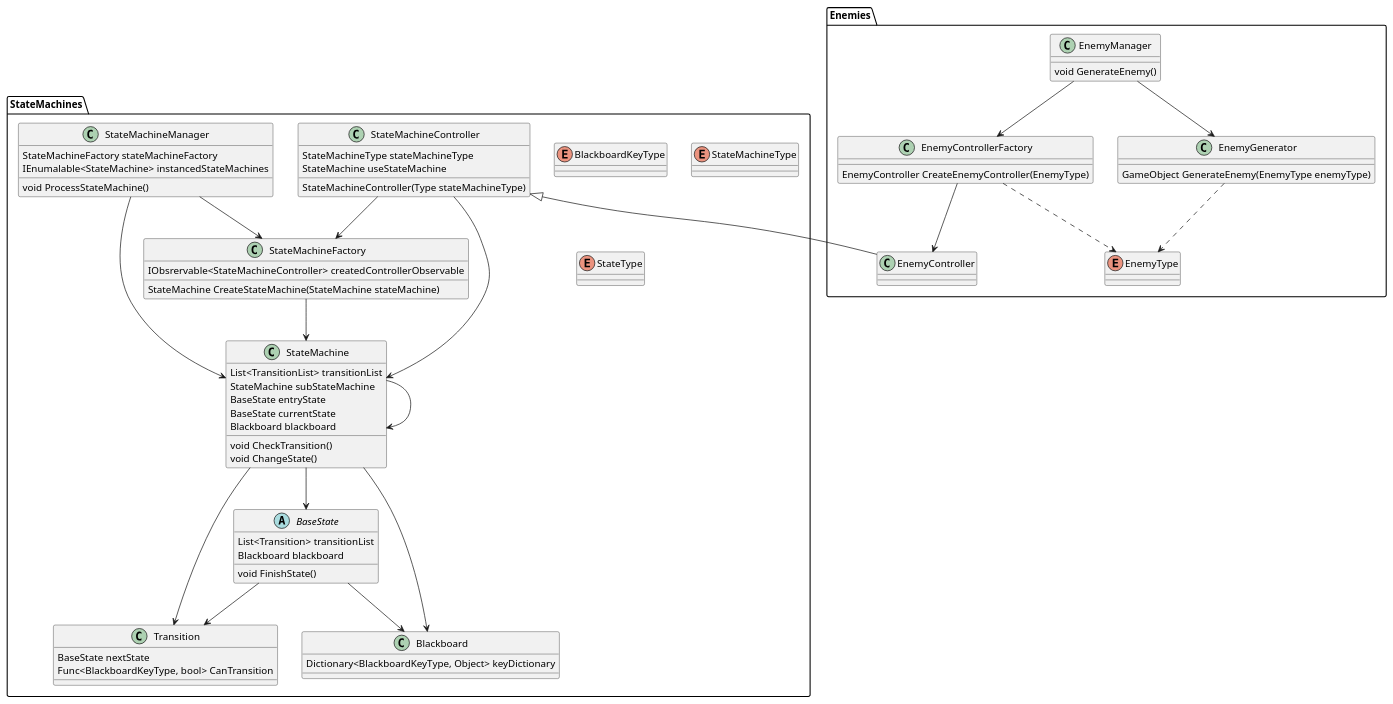
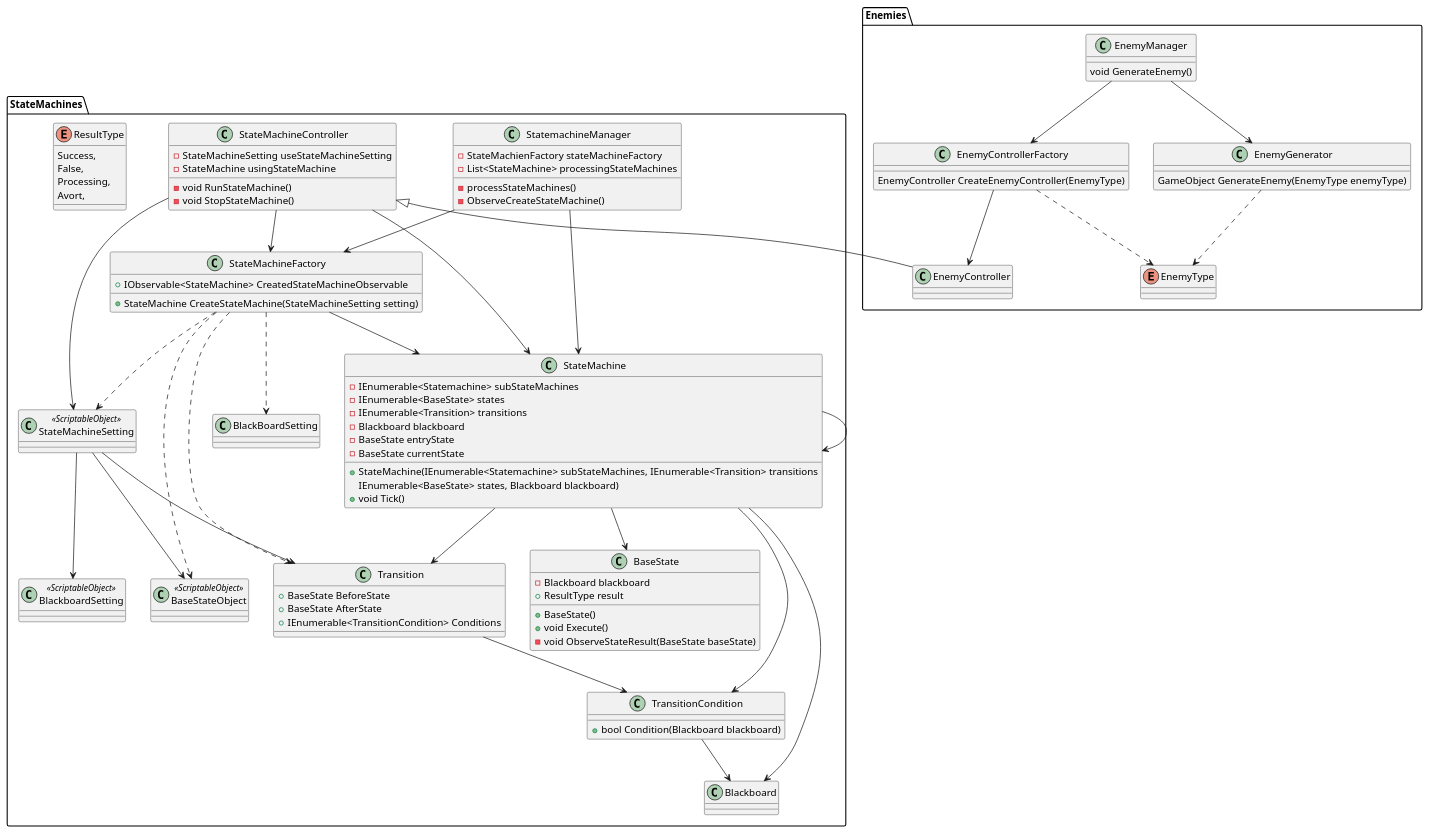
Before and after one commit to snsk0/TowerDefense: the diagram in ClassDiagrams/StateMachine.pu, drawn with PlantUML. The commit also changed 55 other files, not shown here.

```diff
--- a/ClassDiagrams/StateMachine.pu
+++ b/ClassDiagrams/StateMachine.pu
@@ -1,80 +1,110 @@
 @startuml StateMachine
 
 namespace StateMachines{
-    class StateMachineManager{
-        StateMachineFactory stateMachineFactory
-        IEnumalable<StateMachine> instancedStateMachines
-        void ProcessStateMachine()
+    class StatemachineManager{
+        -StateMachienFactory stateMachineFactory
+        -List<StateMachine> processingStateMachines
+        -processStateMachines()
+        -ObserveCreateStateMachine()
     }
     class StateMachineFactory{
-        IObsrervable<StateMachineController> createdControllerObservable
-        StateMachine CreateStateMachine(StateMachine stateMachine)
-    }
-    abstract class BaseState{
-        List<Transition> transitionList
-        Blackboard blackboard
-        void FinishState()
-    }
-    class StateMachine{
-        List<TransitionList> transitionList
-        StateMachine subStateMachine
-        BaseState entryState
-        BaseState currentState
-        Blackboard blackboard
-        void CheckTransition()
-        void ChangeState()
+        +IObservable<StateMachine> CreatedStateMachineObservable
+        +StateMachine CreateStateMachine(StateMachineSetting setting)
     }
     class StateMachineController{
-        StateMachineType stateMachineType
-        StateMachine useStateMachine
-        StateMachineController(Type stateMachineType)
+        -StateMachineSetting useStateMachineSetting
+        -StateMachine usingStateMachine
+        -void RunStateMachine()
+        -void StopStateMachine()
+    }
+
+    class StateMachine{
+        -IEnumerable<Statemachine> subStateMachines
+        -IEnumerable<BaseState> states
+        -IEnumerable<Transition> transitions
+        -Blackboard blackboard
+        -BaseState entryState
+        -BaseState currentState
+        +StateMachine(IEnumerable<Statemachine> subStateMachines, IEnumerable<Transition> transitions
+            IEnumerable<BaseState> states, Blackboard blackboard)
+        +void Tick()
+    }
+    class BaseState{
+        -Blackboard blackboard
+        +ResultType result
+        +BaseState()
+        +void Execute()
+        -void ObserveStateResult(BaseState baseState)
     }
     class Transition{
-        BaseState nextState
-        Func<BlackboardKeyType, bool> CanTransition
+        +BaseState BeforeState
+        +BaseState AfterState
+        +IEnumerable<TransitionCondition> Conditions
     }
-    class Blackboard{
-        Dictionary<BlackboardKeyType, Object> keyDictionary
+    class TransitionCondition{
+        +bool Condition(Blackboard blackboard)
     }
-    enum BlackboardKeyType
-    enum StateMachineType
-    enum StateType
+    class Blackboard
+    
+    class StateMachineSetting<<ScriptableObject>>
+    class BaseStateObject<<ScriptableObject>>
+    class BlackboardSetting<<ScriptableObject>>
 
-    StateMachineManager-->StateMachineFactory
-    StateMachineManager-->StateMachine
-    StateMachineController-->StateMachineFactory
-    StateMachineFactory-->StateMachine
+    enum ResultType{
+        Success,
+        False,
+        Processing,
+        Avort,
+    }
+
+    StatemachineManager-->StateMachine
+    StatemachineManager-->StateMachineFactory
 
     StateMachineController-->StateMachine
+    StateMachineController-->StateMachineFactory
+    StateMachineController-->StateMachineSetting
+
+    StateMachineFactory-->StateMachine
+    StateMachineFactory..>StateMachineSetting
+    StateMachineFactory..>BaseStateObject
+    StateMachineFactory..>Transition
+    StateMachineFactory..>BlackBoardSetting
+
     StateMachine-->StateMachine
     StateMachine-->BaseState
     StateMachine-->Transition
+    StateMachine-->TransitionCondition
     StateMachine-->Blackboard
-    BaseState-->Transition
-    BaseState-->Blackboard
+
+    StateMachineSetting-->BaseStateObject
+    StateMachineSetting-->BlackboardSetting
+    StateMachineSetting-->Transition
+    Transition-->TransitionCondition
+
+    TransitionCondition-->Blackboard
 }
 
 namespace Enemies{
     class EnemyManager{
         void GenerateEnemy()
     }
     class EnemyGenerator{
         GameObject GenerateEnemy(EnemyType enemyType)
     }
     class EnemyControllerFactory{
         EnemyController CreateEnemyController(EnemyType)
     }
     class EnemyController
     enum EnemyType
 
     EnemyManager-->EnemyGenerator
     EnemyManager-->EnemyControllerFactory
     EnemyControllerFactory-->EnemyController
 
     EnemyGenerator..>EnemyType
     EnemyControllerFactory..>EnemyType
 }
 
 StateMachines.StateMachineController<|--Enemies.EnemyController
 
 @enduml
```
